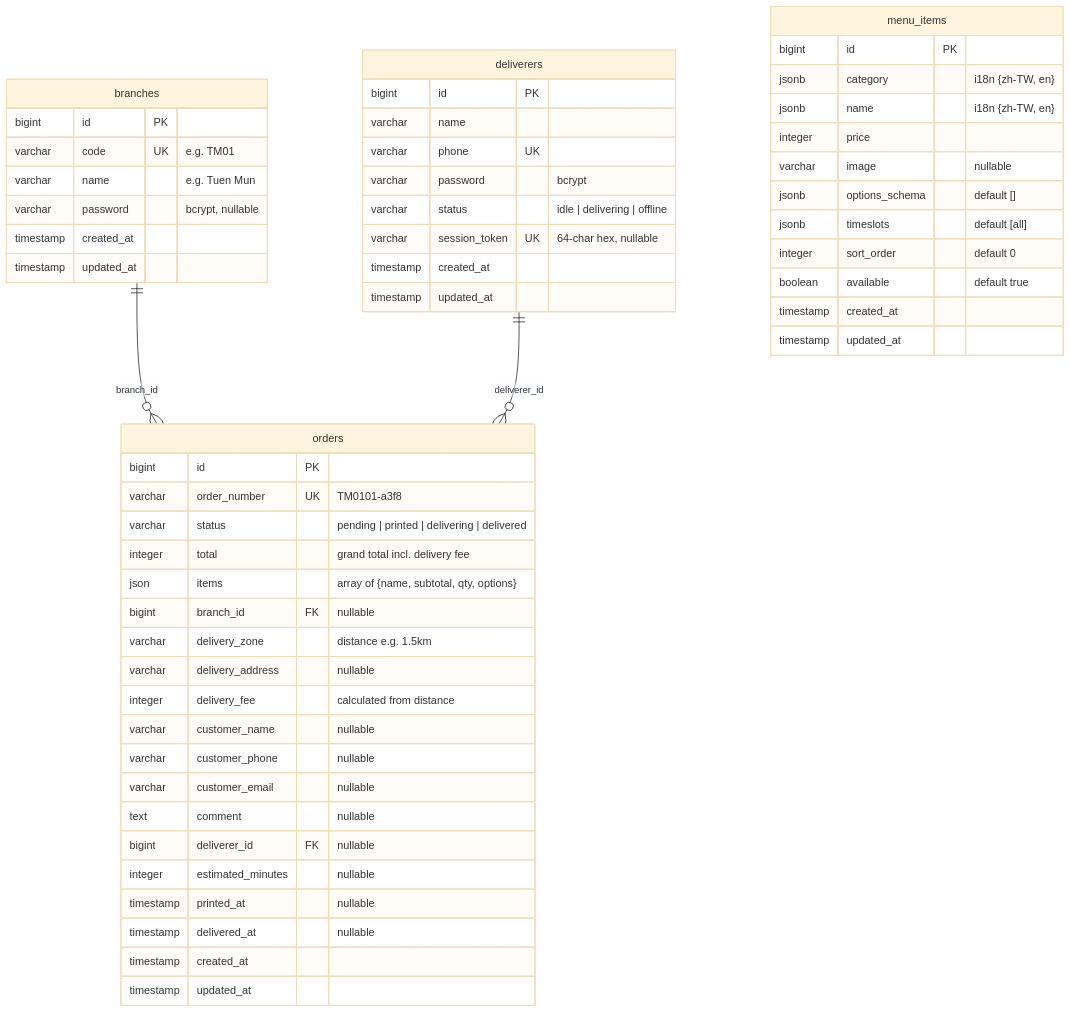
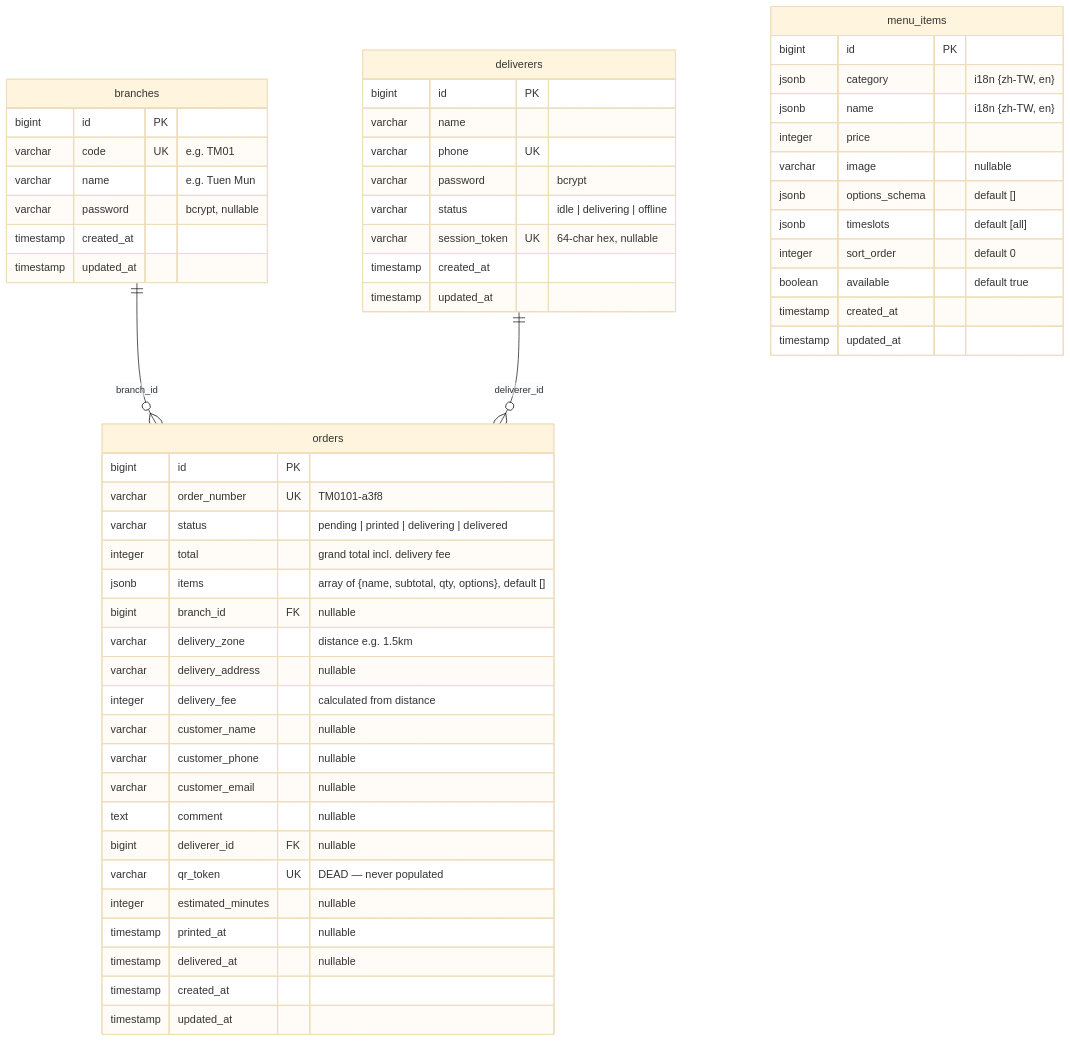
The first of 4 diagrams in frontend/pages/restaurant/ERD.md (HKPooPoo/My_CLI_Re), drawn with Mermaid (base theme) before and after one commit. The commit also changed other lines of this file, not shown here.

First line of the commit message:
Fix ERD: verified against actual DB, IndexedDB, localStorage

````diff
--- a/frontend/pages/restaurant/ERD.md
+++ b/frontend/pages/restaurant/ERD.md
@@ -11,64 +11,65 @@
 ```mermaid
 erDiagram
     branches {
         bigint id PK
         varchar code UK "e.g. TM01"
         varchar name "e.g. Tuen Mun"
         varchar password "bcrypt, nullable"
         timestamp created_at
         timestamp updated_at
     }
 
     deliverers {
         bigint id PK
         varchar name
         varchar phone UK
         varchar password "bcrypt"
         varchar status "idle | delivering | offline"
         varchar session_token UK "64-char hex, nullable"
         timestamp created_at
         timestamp updated_at
     }
 
     orders {
         bigint id PK
         varchar order_number UK "TM0101-a3f8"
         varchar status "pending | printed | delivering | delivered"
         integer total "grand total incl. delivery fee"
-        json items "array of {name, subtotal, qty, options}"
+        jsonb items "array of {name, subtotal, qty, options}, default []"
         bigint branch_id FK "nullable"
         varchar delivery_zone "distance e.g. 1.5km"
         varchar delivery_address "nullable"
         integer delivery_fee "calculated from distance"
         varchar customer_name "nullable"
         varchar customer_phone "nullable"
         varchar customer_email "nullable"
         text comment "nullable"
         bigint deliverer_id FK "nullable"
+        varchar qr_token UK "DEAD — never populated"
         integer estimated_minutes "nullable"
         timestamp printed_at "nullable"
         timestamp delivered_at "nullable"
         timestamp created_at
         timestamp updated_at
     }
 
     branches ||--o{ orders : "branch_id"
     deliverers ||--o{ orders : "deliverer_id"
 
     menu_items {
         bigint id PK
         jsonb category "i18n {zh-TW, en}"
         jsonb name "i18n {zh-TW, en}"
         integer price
         varchar image "nullable"
         jsonb options_schema "default []"
         jsonb timeslots "default [all]"
         integer sort_order "default 0"
         boolean available "default true"
         timestamp created_at
         timestamp updated_at
     }
 
     %% order_items and restaurant_sessions do NOT exist in DB
     %% (migrations never ran or tables were dropped)
 ```
````
